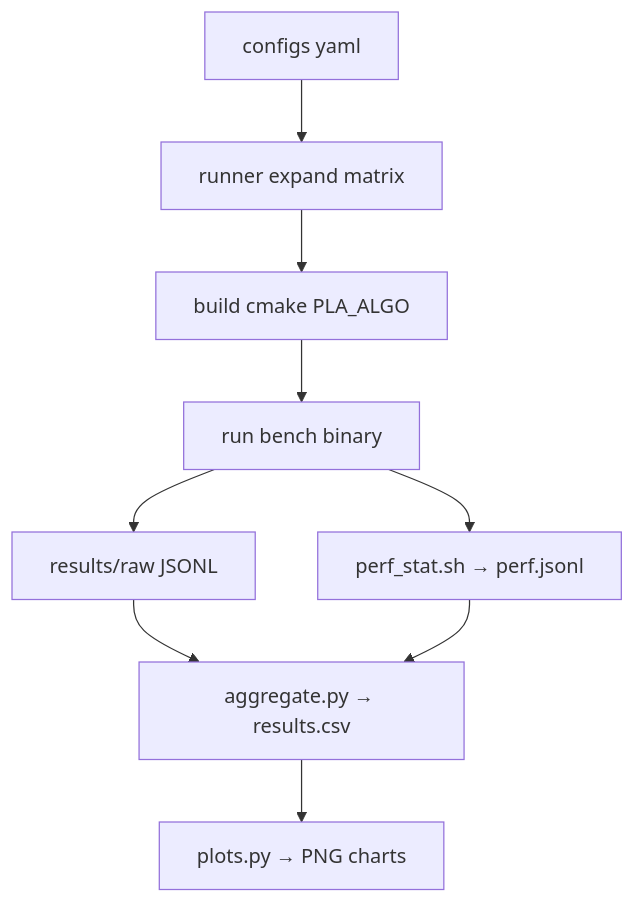
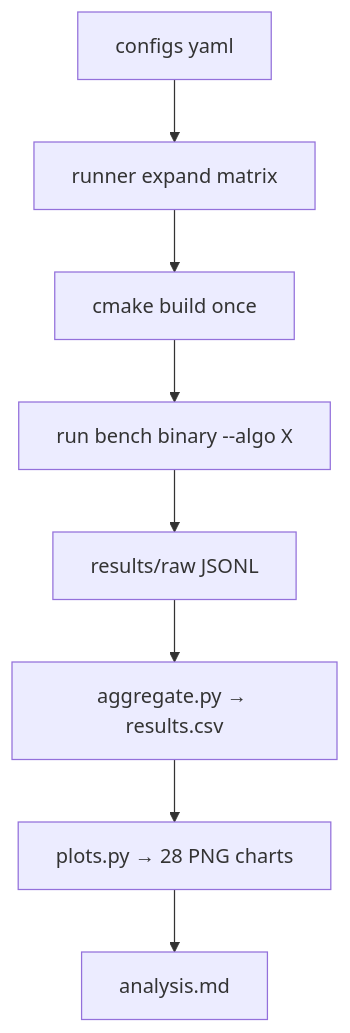
The diagram in README.md (bdhxxnix/PLA_Benchmarking), drawn with Mermaid before and after one commit. The commit also changed other lines of this file and 1 other file, not shown here.

First line of the commit message:
docs: update CLAUDE.md and README.md with correct PLA selection and pipeline

````diff
--- a/README.md
+++ b/README.md
@@ -304,11 +309,10 @@
 ```mermaid
 flowchart TD
     A[configs yaml] --> B[runner expand matrix]
-    B --> C[build cmake PLA_ALGO]
-    C --> D[run bench binary]
+    B --> C[cmake build once]
+    C --> D[run bench binary --algo X]
     D --> E[results/raw JSONL]
     E --> F[aggregate.py → results.csv]
-    F --> G[plots.py → PNG charts]
-    D --> H[perf_stat.sh → perf.jsonl]
-    H --> F
+    F --> G[plots.py → 28 PNG charts]
+    G --> H[analysis.md]
 ```
````
